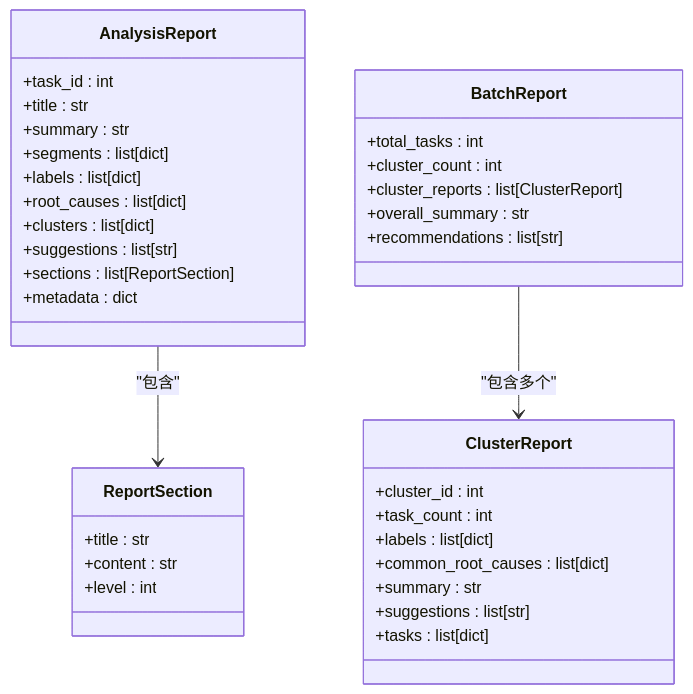
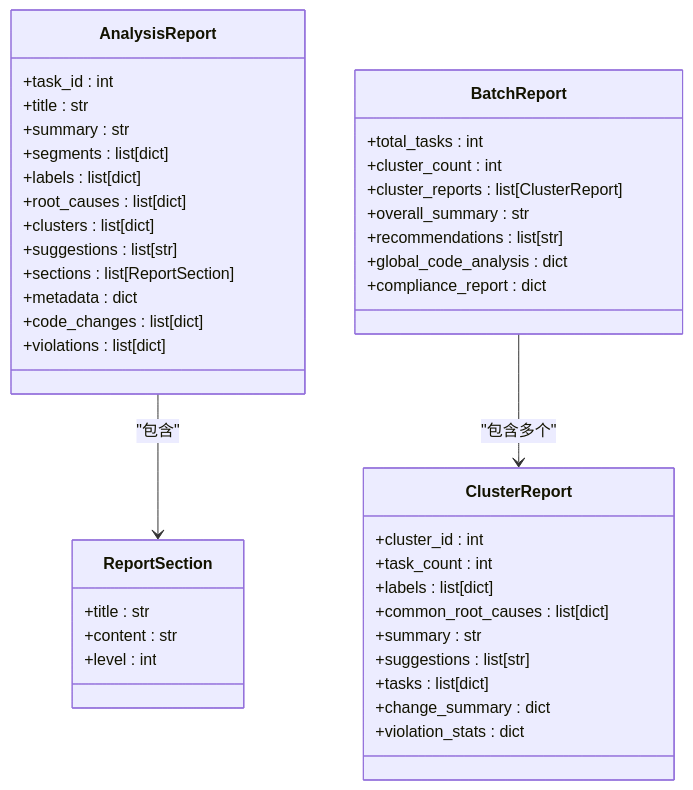
Before and after one commit to boyingliu01/fault-review-analyzer: the fourth of 6 diagrams in .qoder/repowiki/zh/content/可视化系统/报告生成系统.md, drawn with Mermaid. The commit also changed other lines of this file and 125 other files, not shown here.

````diff
--- a/.qoder/repowiki/zh/content/可视化系统/报告生成系统.md
+++ b/.qoder/repowiki/zh/content/可视化系统/报告生成系统.md
@@ -194,38 +269,44 @@
 ```mermaid
 classDiagram
 class AnalysisReport {
 +task_id : int
 +title : str
 +summary : str
 +segments : list[dict]
 +labels : list[dict]
 +root_causes : list[dict]
 +clusters : list[dict]
 +suggestions : list[str]
 +sections : list[ReportSection]
 +metadata : dict
++code_changes : list[dict]
++violations : list[dict]
 }
 class ClusterReport {
 +cluster_id : int
 +task_count : int
 +labels : list[dict]
 +common_root_causes : list[dict]
 +summary : str
 +suggestions : list[str]
 +tasks : list[dict]
++change_summary : dict
++violation_stats : dict
 }
 class BatchReport {
 +total_tasks : int
 +cluster_count : int
 +cluster_reports : list[ClusterReport]
 +overall_summary : str
 +recommendations : list[str]
++global_code_analysis : dict
++compliance_report : dict
 }
 class ReportSection {
 +title : str
 +content : str
 +level : int
 }
 AnalysisReport --> ReportSection : "包含"
 BatchReport --> ClusterReport : "包含多个"
 ```
````
